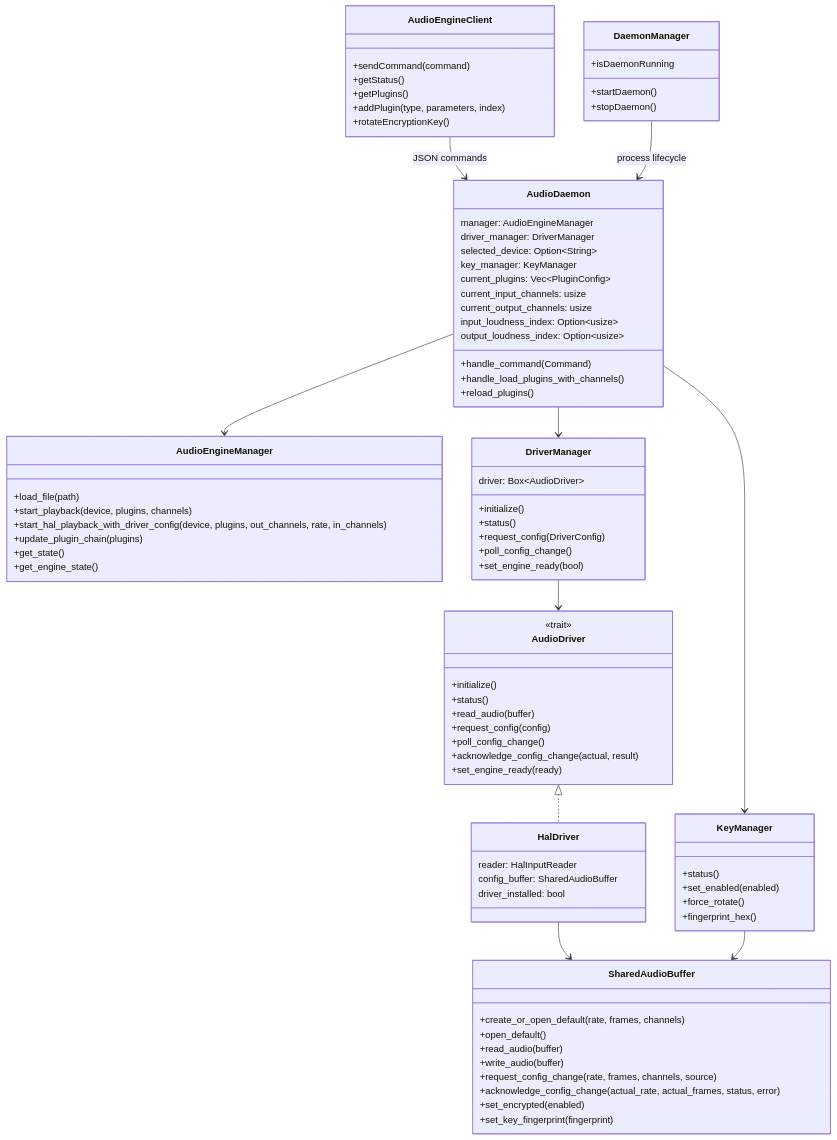
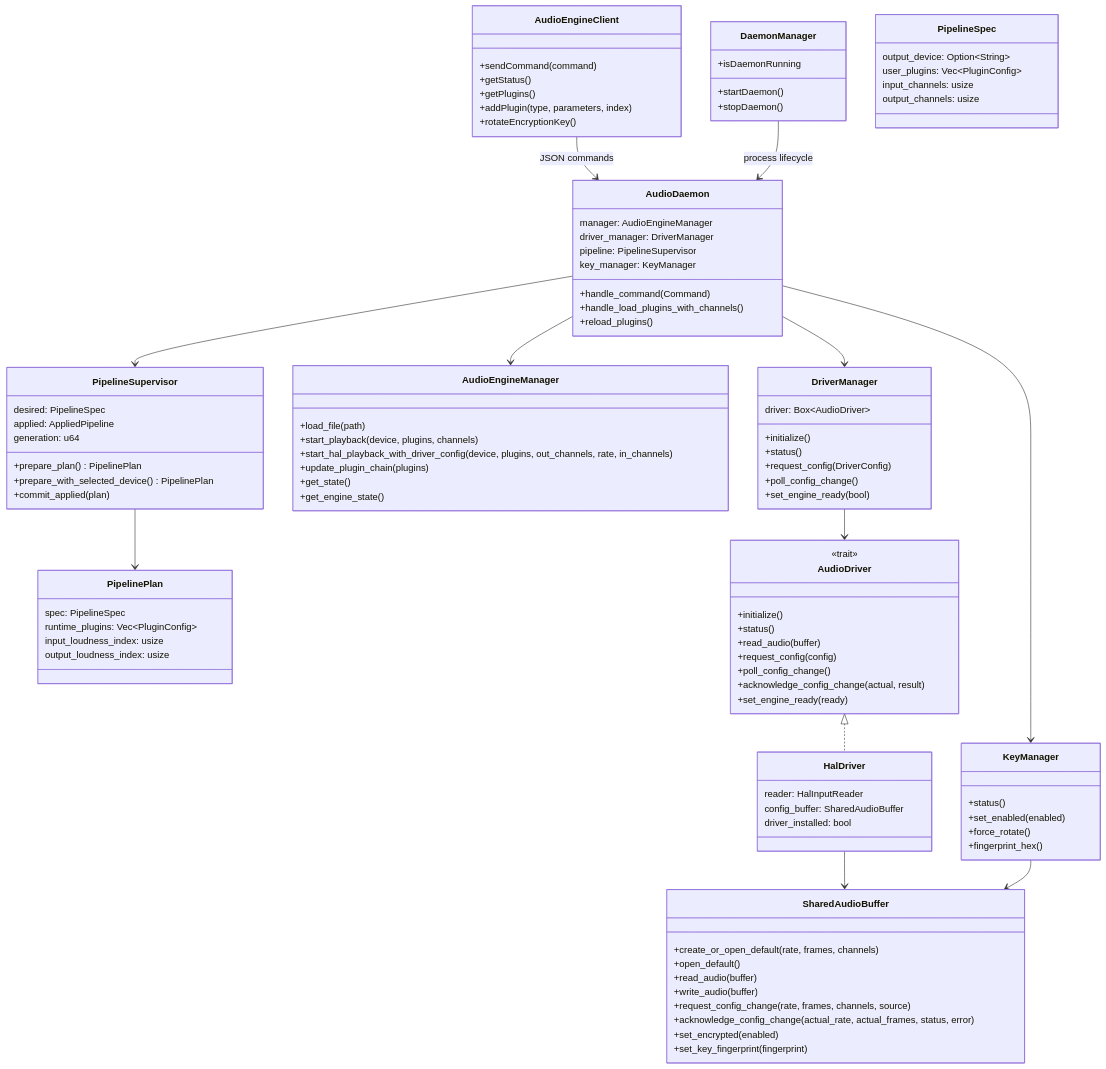
Before and after one commit to pierreaubert/sotf: the second of 12 diagrams in crates/systemwide/ARCHITECTURE.md, drawn with Mermaid. The commit also changed other lines of this file and 3 other files, not shown here.

```diff
--- a/crates/systemwide/ARCHITECTURE.md
+++ b/crates/systemwide/ARCHITECTURE.md
@@ -69,16 +69,34 @@
     class AudioDaemon {
         manager: AudioEngineManager
         driver_manager: DriverManager
-        selected_device: Option~String~
+        pipeline: PipelineSupervisor
         key_manager: KeyManager
-        current_plugins: Vec~PluginConfig~
-        current_input_channels: usize
-        current_output_channels: usize
-        input_loudness_index: Option~usize~
-        output_loudness_index: Option~usize~
         +handle_command(Command)
         +handle_load_plugins_with_channels()
         +reload_plugins()
+    }
+
+    class PipelineSupervisor {
+        desired: PipelineSpec
+        applied: AppliedPipeline
+        generation: u64
+        +prepare_plan() PipelinePlan
+        +prepare_with_selected_device() PipelinePlan
+        +commit_applied(plan)
+    }
+
+    class PipelineSpec {
+        output_device: Option~String~
+        user_plugins: Vec~PluginConfig~
+        input_channels: usize
+        output_channels: usize
+    }
+
+    class PipelinePlan {
+        spec: PipelineSpec
+        runtime_plugins: Vec~PluginConfig~
+        input_loudness_index: usize
+        output_loudness_index: usize
     }
 
     class AudioEngineManager {
@@ -138,6 +156,8 @@
     DaemonManager --> AudioDaemon : process lifecycle
     AudioDaemon --> AudioEngineManager
     AudioDaemon --> DriverManager
+    AudioDaemon --> PipelineSupervisor
+    PipelineSupervisor --> PipelinePlan
     AudioDaemon --> KeyManager
     DriverManager --> AudioDriver
     AudioDriver <|.. HalDriver
```
